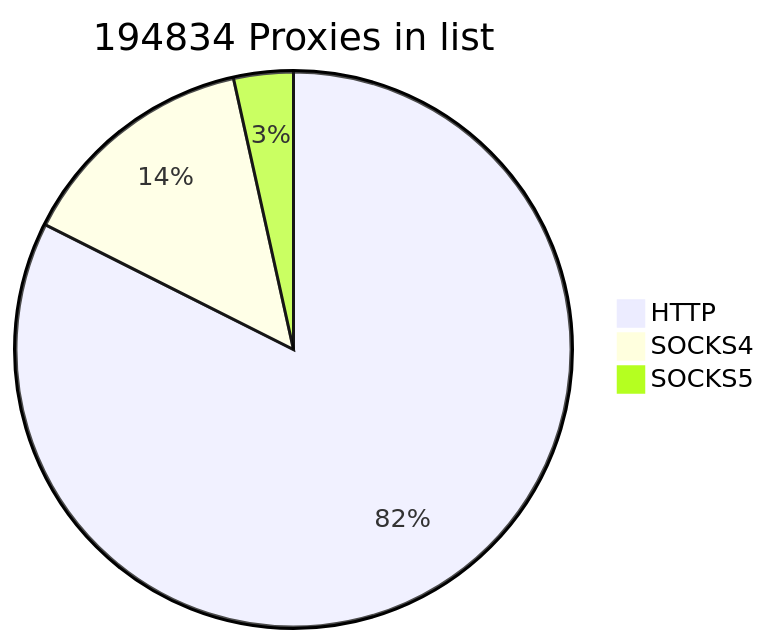
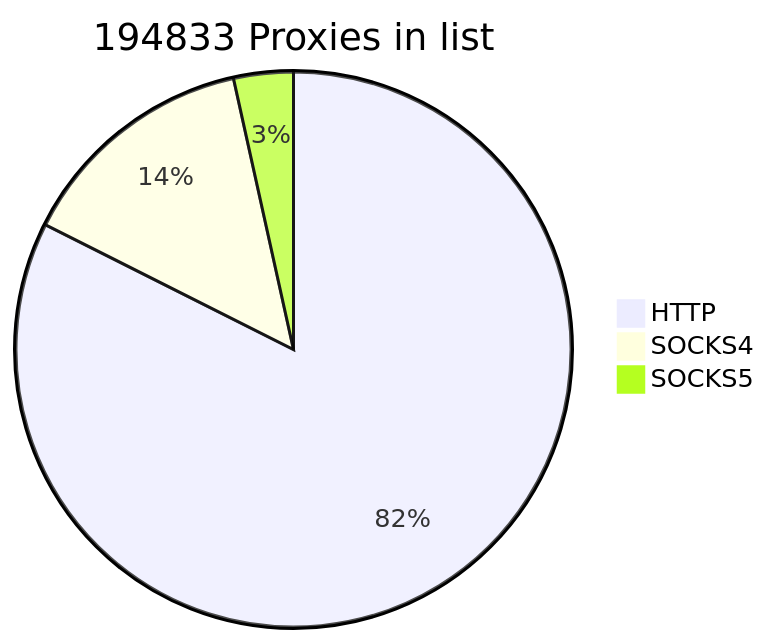
One commit to cutipu/proxylist changed the first of 2 diagrams in README.md. Above: the diagram before and after it, drawn with Mermaid. The commit also changed other lines of this file, not shown here.

````diff
--- a/README.md
+++ b/README.md
@@ -2,7 +2,7 @@
 ```mermaid
-pie title 194834 Proxies in list
-    "HTTP" : 160577
+pie title 194833 Proxies in list
+    "HTTP" : 160575
     "SOCKS4" : 27501
-    "SOCKS5" : 6756
+    "SOCKS5" : 6757
             
 ```
````
